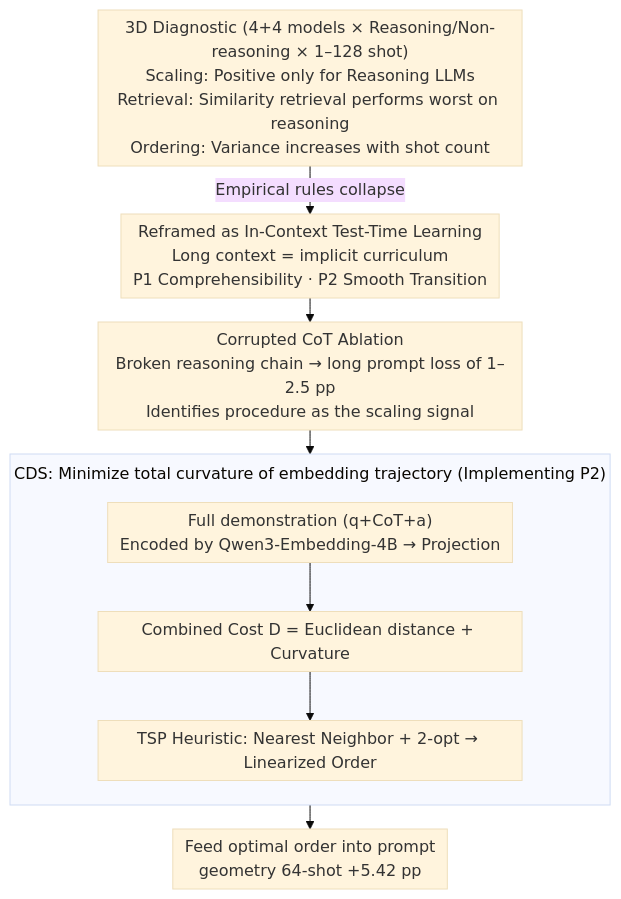
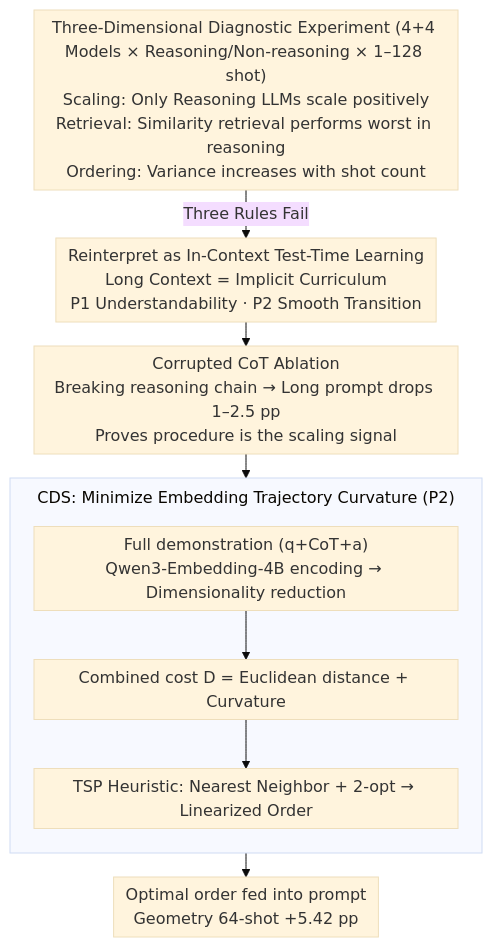
Before and after one commit to zhaoyang97/Paper-Notes-en: the diagram in docs/ICML2026/llm_reasoning/many-shot_cot-icl_making_in-context_learning_truly_learn.md, drawn with Mermaid (base theme). The commit also changed other lines of this file and 5084 other files, not shown here.

````diff
--- a/docs/ICML2026/llm_reasoning/many-shot_cot-icl_making_in-context_learning_truly_learn.md
+++ b/docs/ICML2026/llm_reasoning/many-shot_cot-icl_making_in-context_learning_truly_learn.md
@@ -46,16 +46,16 @@
 ```mermaid
 %%{init: {'flowchart': {'rankSpacing': 24, 'nodeSpacing': 28, 'padding': 6, 'wrappingWidth': 400, 'subGraphTitleMargin': {'top': 8, 'bottom': 16}}}}%%
 flowchart TD
-    S["3D Diagnostic (4+4 models × Reasoning/Non-reasoning × 1–128 shot)<br/>Scaling: Positive only for Reasoning LLMs<br/>Retrieval: Similarity retrieval performs worst on reasoning<br/>Ordering: Variance increases with shot count"]
-    S -->|Empirical rules collapse| THEORY["Reframed as In-Context Test-Time Learning<br/>Long context = implicit curriculum<br/>P1 Comprehensibility · P2 Smooth Transition"]
-    THEORY --> ABL["Corrupted CoT Ablation<br/>Broken reasoning chain → long prompt loss of 1–2.5 pp<br/>Identifies procedure as the scaling signal"]
+    S["Three-Dimensional Diagnostic Experiment (4+4 Models × Reasoning/Non-reasoning × 1–128 shot)<br/>Scaling: Only Reasoning LLMs scale positively<br/>Retrieval: Similarity retrieval performs worst in reasoning<br/>Ordering: Variance increases with shot count"]
+    S -->|Three Rules Fail| THEORY["Reinterpret as In-Context Test-Time Learning<br/>Long Context = Implicit Curriculum<br/>P1 Understandability · P2 Smooth Transition"]
+    THEORY --> ABL["Corrupted CoT Ablation<br/>Breaking reasoning chain → Long prompt drops 1–2.5 pp<br/>Proves procedure is the scaling signal"]
     ABL --> CDS
-    subgraph CDS["CDS: Minimize total curvature of embedding trajectory (Implementing P2)"]
+    subgraph CDS["CDS: Minimize Embedding Trajectory Curvature (P2)"]
         direction TB
-        C1["Full demonstration (q+CoT+a)<br/>Encoded by Qwen3-Embedding-4B → Projection"]
-        C2["Combined Cost D = Euclidean distance + Curvature"]
+        C1["Full demonstration (q+CoT+a)<br/>Qwen3-Embedding-4B encoding → Dimensionality reduction"]
+        C2["Combined cost D = Euclidean distance + Curvature"]
         C3["TSP Heuristic: Nearest Neighbor + 2-opt → Linearized Order"]
         C1 --> C2 --> C3
     end
-    CDS --> OUT["Feed optimal order into prompt<br/>geometry 64-shot +5.42 pp"]
+    CDS --> OUT["Optimal order fed into prompt<br/>Geometry 64-shot +5.42 pp"]
 ```
````
